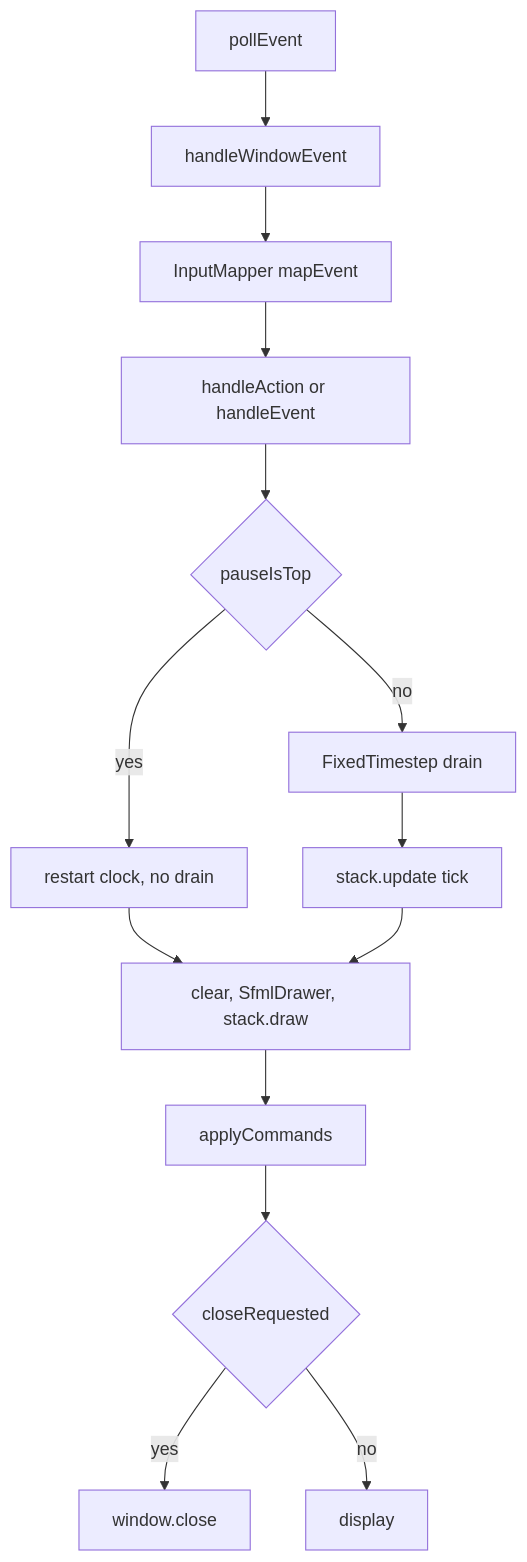
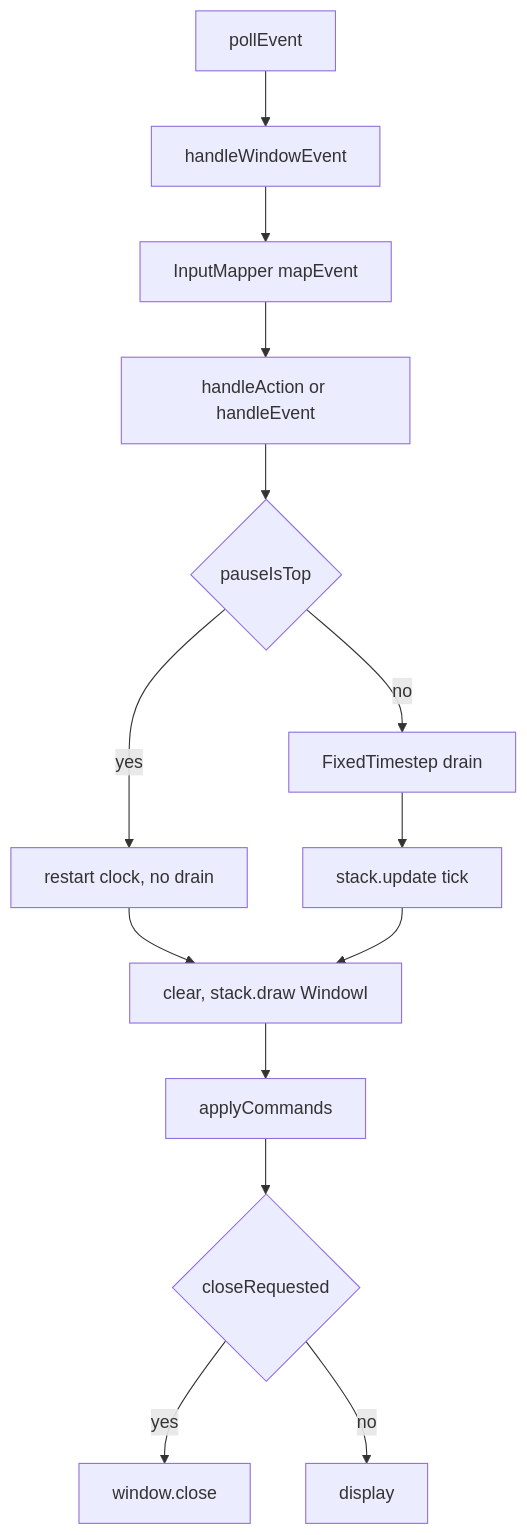
One commit to kblaszki/business-game changed the diagram in docs/reference/application-loop.md. Above: the diagram before and after it, drawn with Mermaid. The commit also changed other lines of this file and 46 other files, not shown here.

Commit message:
Route the loop through WindowI so tests can mock poll and draw without a RenderWindow.

````diff
--- a/docs/reference/application-loop.md
+++ b/docs/reference/application-loop.md
@@ -30,28 +32,28 @@
 ```mermaid
 flowchart TD
   Poll[pollEvent]
   Life[handleWindowEvent]
   Map[InputMapper mapEvent]
   Action[handleAction or handleEvent]
   PauseCheck{pauseIsTop}
   Skip[restart clock, no drain]
   Drain[FixedTimestep drain]
   Tick[stack.update tick]
-  Draw[clear, SfmlDrawer, stack.draw]
+  Draw[clear, stack.draw WindowI]
   Apply[applyCommands]
   Close{closeRequested}
   Display[display]
   Poll --> Life
   Life --> Map
   Map --> Action
   Action --> PauseCheck
   PauseCheck -->|yes| Skip
   PauseCheck -->|no| Drain
   Drain --> Tick
   Skip --> Draw
   Tick --> Draw
   Draw --> Apply
   Apply --> Close
   Close -->|yes| EndNode[window.close]
   Close -->|no| Display
 ```
````
